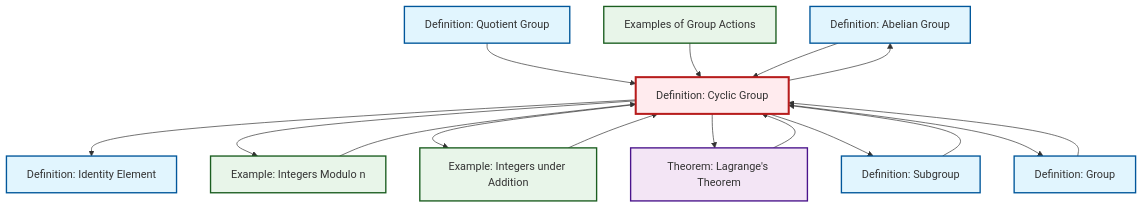
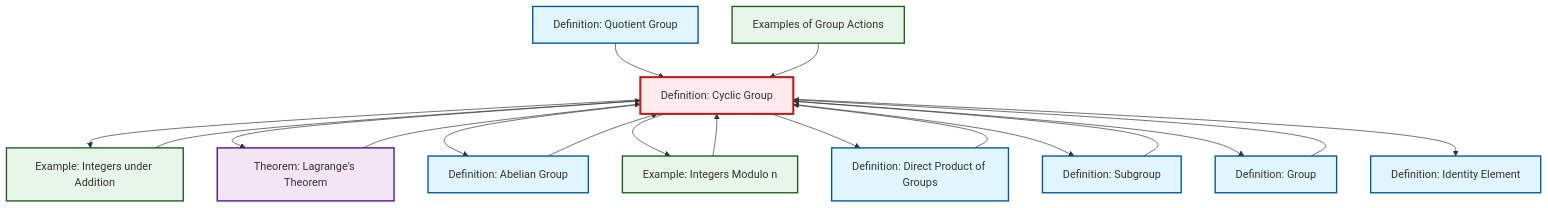
Before and after one commit to RK0429/ModernMath: the diagram in content/ja/algebra/def-cyclic-group.qmd, drawn with Mermaid. The commit also changed other lines of this file and 360 other files, not shown here.

````diff
--- a/content/ja/algebra/def-cyclic-group.qmd
+++ b/content/ja/algebra/def-cyclic-group.qmd
@@ -90,44 +99,48 @@
 ```{mermaid}
 %%| fig-cap: "Local dependency graph"
 graph TD
     classDef definition fill:#e1f5fe,stroke:#01579b,stroke-width:2px
     classDef theorem fill:#f3e5f5,stroke:#4a148c,stroke-width:2px
     classDef axiom fill:#fff3e0,stroke:#e65100,stroke-width:2px
     classDef example fill:#e8f5e9,stroke:#1b5e20,stroke-width:2px
     classDef current fill:#ffebee,stroke:#b71c1c,stroke-width:3px
+    def-quotient-group["Definition: Quotient Group"]:::definition
     def-abelian-group["Definition: Abelian Group"]:::definition
+    ex-integers-addition["Example: Integers under Addition"]:::example
+    ex-quotient-integers-mod-n["Example: Integers Modulo n"]:::example
+    thm-lagrange["Theorem: Lagrange's Theorem"]:::theorem
+    def-identity-element["Definition: Identity Element"]:::definition
     def-cyclic-group["Definition: Cyclic Group"]:::definition
+    def-direct-product["Definition: Direct Product of Groups"]:::definition
+    def-group["Definition: Group"]:::definition
     ex-group-action-examples["Examples of Group Actions"]:::example
     def-subgroup["Definition: Subgroup"]:::definition
-    def-group["Definition: Group"]:::definition
-    ex-integers-addition["Example: Integers under Addition"]:::example
-    thm-lagrange["Theorem: Lagrange's Theorem"]:::theorem
-    def-quotient-group["Definition: Quotient Group"]:::definition
-    def-identity-element["Definition: Identity Element"]:::definition
-    ex-quotient-integers-mod-n["Example: Integers Modulo n"]:::example
-    ex-quotient-integers-mod-n --> def-cyclic-group
-    thm-lagrange --> def-cyclic-group
-    def-quotient-group --> def-cyclic-group
-    def-cyclic-group --> def-identity-element
-    ex-group-action-examples --> def-cyclic-group
-    ex-integers-addition --> def-cyclic-group
-    def-subgroup --> def-cyclic-group
-    def-cyclic-group --> ex-quotient-integers-mod-n
-    def-group --> def-cyclic-group
     def-cyclic-group --> ex-integers-addition
     def-cyclic-group --> thm-lagrange
+    thm-lagrange --> def-cyclic-group
+    def-cyclic-group --> def-abelian-group
+    ex-integers-addition --> def-cyclic-group
+    def-cyclic-group --> ex-quotient-integers-mod-n
+    ex-quotient-integers-mod-n --> def-cyclic-group
+    def-direct-product --> def-cyclic-group
+    def-abelian-group --> def-cyclic-group
+    def-group --> def-cyclic-group
+    def-cyclic-group --> def-direct-product
+    def-quotient-group --> def-cyclic-group
+    ex-group-action-examples --> def-cyclic-group
     def-cyclic-group --> def-subgroup
     def-cyclic-group --> def-group
-    def-abelian-group --> def-cyclic-group
-    def-cyclic-group --> def-abelian-group
+    def-subgroup --> def-cyclic-group
+    def-cyclic-group --> def-identity-element
     class def-cyclic-group current
+    click def-quotient-group "def-quotient-group.html" "Definition: Quotient Groupへ"
     click def-abelian-group "def-abelian-group.html" "Definition: Abelian Groupへ"
+    click ex-integers-addition "ex-integers-addition.html" "Example: Integers under Additionへ"
+    click ex-quotient-integers-mod-n "ex-quotient-integers-mod-n.html" "Example: Integers Modulo nへ"
+    click thm-lagrange "thm-lagrange.html" "Theorem: Lagrange's Theoremへ"
+    click def-identity-element "def-identity-element.html" "Definition: Identity Elementへ"
+    click def-direct-product "def-direct-product.html" "Definition: Direct Product of Groupsへ"
+    click def-group "def-group.html" "Definition: Groupへ"
     click ex-group-action-examples "ex-group-action-examples.html" "Examples of Group Actionsへ"
     click def-subgroup "def-subgroup.html" "Definition: Subgroupへ"
-    click def-group "def-group.html" "Definition: Groupへ"
-    click ex-integers-addition "ex-integers-addition.html" "Example: Integers under Additionへ"
-    click thm-lagrange "thm-lagrange.html" "Theorem: Lagrange's Theoremへ"
-    click def-quotient-group "def-quotient-group.html" "Definition: Quotient Groupへ"
-    click def-identity-element "def-identity-element.html" "Definition: Identity Elementへ"
-    click ex-quotient-integers-mod-n "ex-quotient-integers-mod-n.html" "Example: Integers Modulo nへ"
 ```
````
